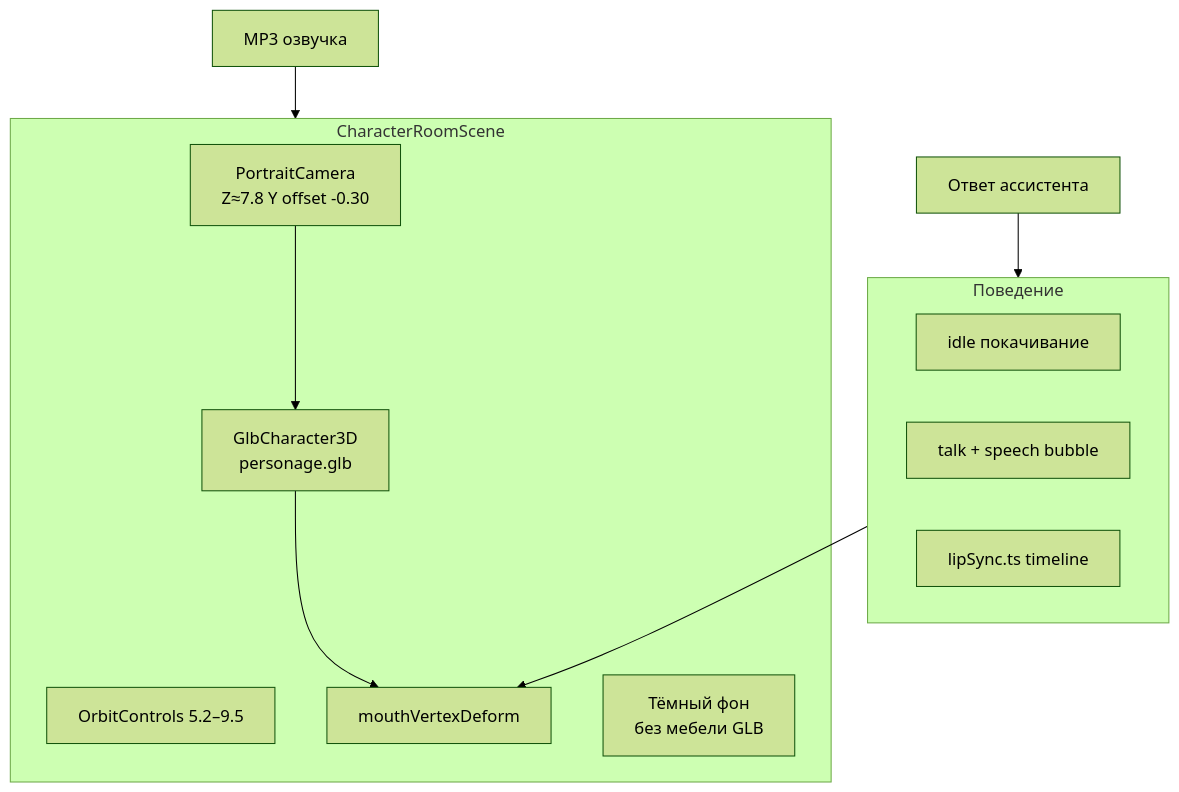
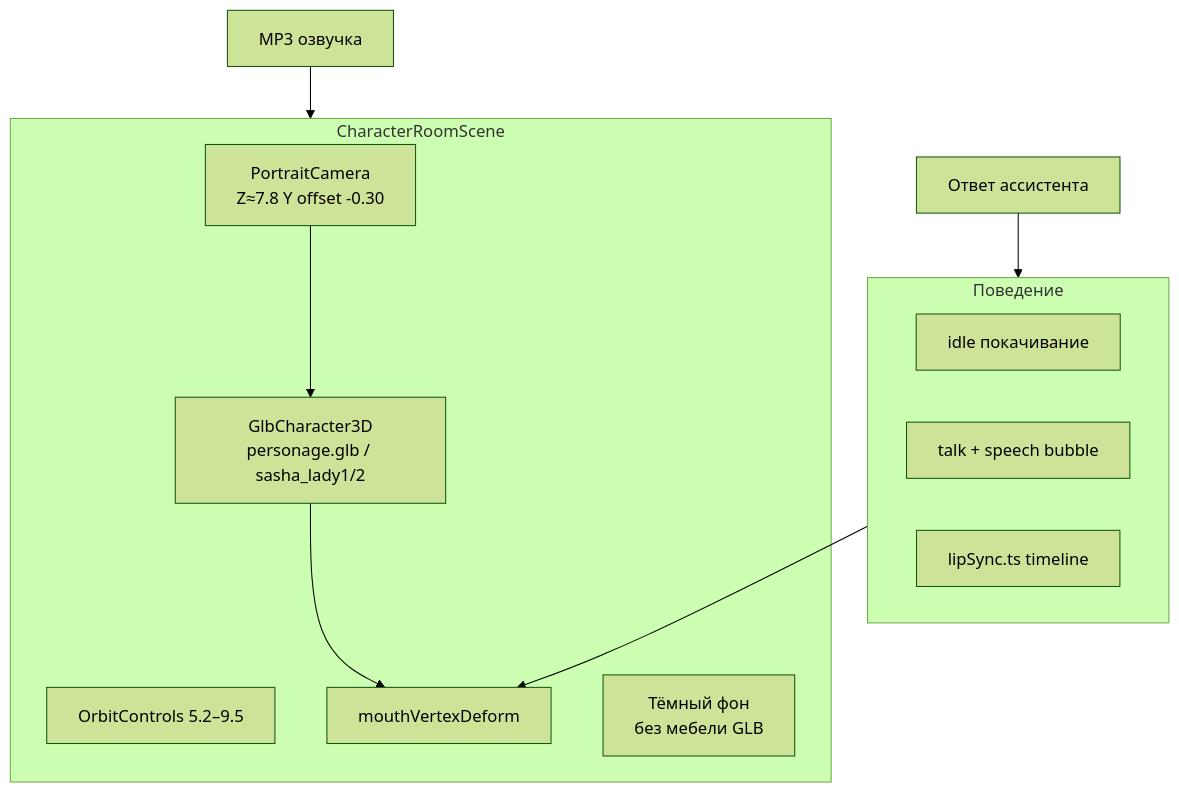
One commit to grrraaaa/mvp changed the ninth of 13 diagrams in docs/FEATURE_MAP.md. Above: the diagram before and after it, drawn with Mermaid (forest theme). The commit also changed other lines of this file and 56 other files, not shown here.

````diff
--- a/docs/FEATURE_MAP.md
+++ b/docs/FEATURE_MAP.md
@@ -333,23 +330,23 @@
 ```mermaid
 flowchart TB
     subgraph CANVAS["CharacterRoomScene"]
         CAM[PortraitCamera<br/>Z≈7.8 Y offset -0.30]
         ORB[OrbitControls 5.2–9.5]
-        GLB[GlbCharacter3D<br/>personage.glb]
+        GLB[GlbCharacter3D<br/>personage.glb / sasha_lady1/2]
         LIP[mouthVertexDeform]
         BG[Тёмный фон<br/>без мебели GLB]
     end
 
     subgraph BEHAVIOR["Поведение"]
         IDLE[idle покачивание]
         TALK[talk + speech bubble]
         TIMELINE[lipSync.ts timeline]
     end
 
     MSG[Ответ ассистента] --> BEHAVIOR
     BEHAVIOR --> LIP
     TTS_AUDIO[MP3 озвучка] --> CANVAS
 
     GLB --> LIP
     CAM --> GLB
 ```
````
